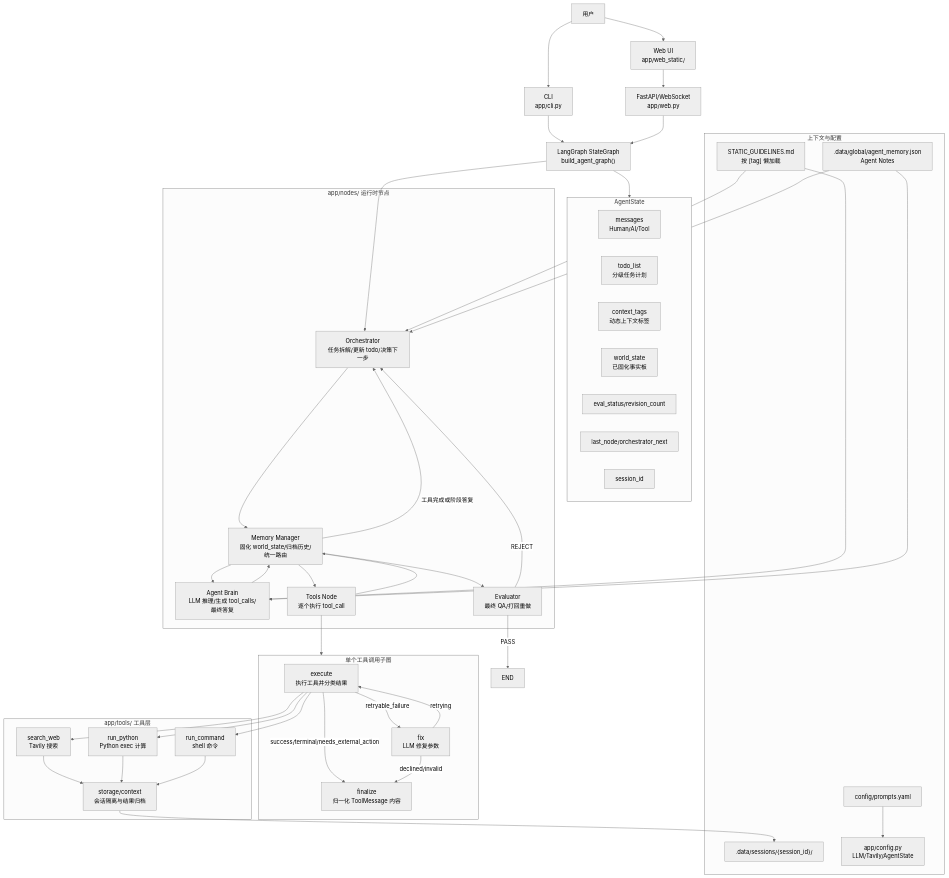
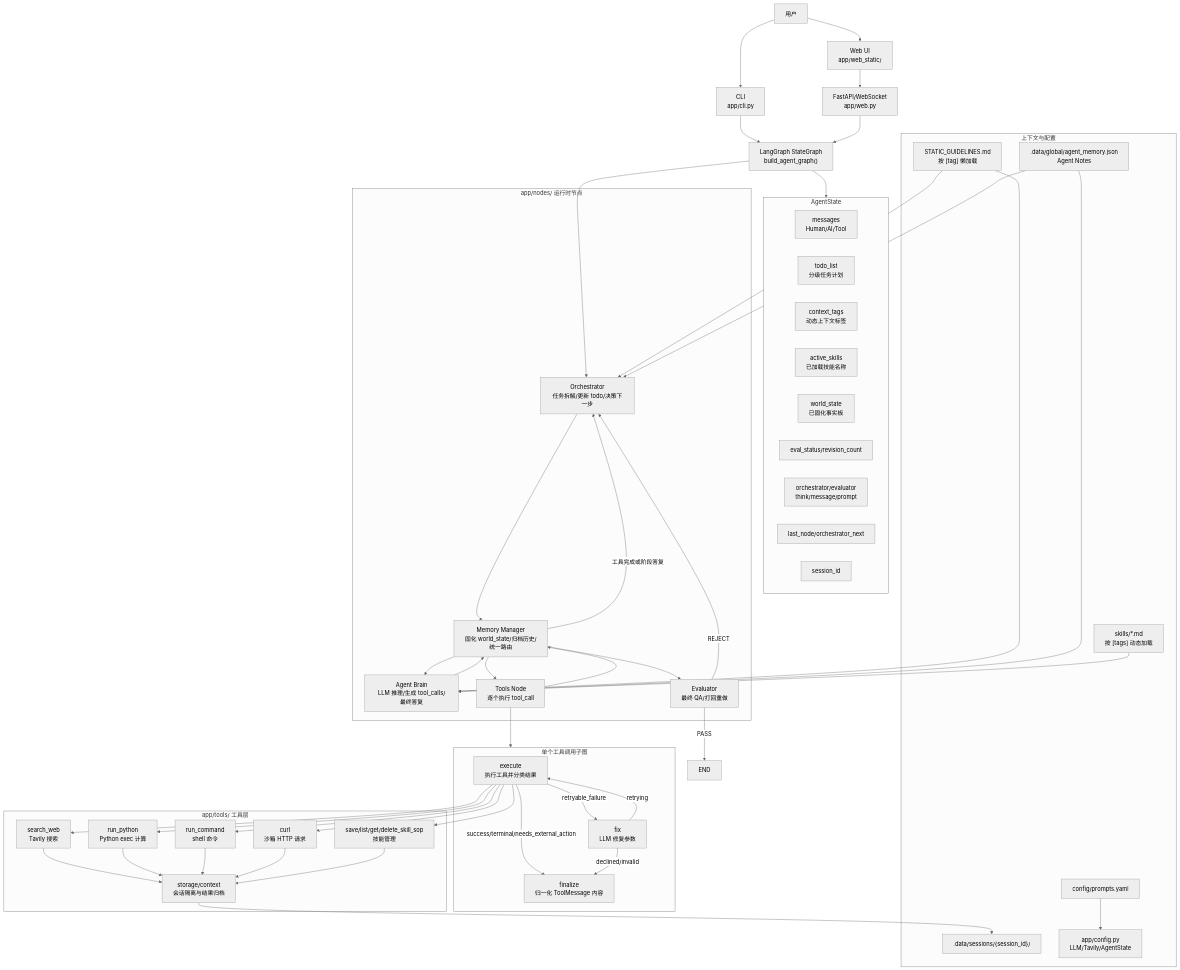
One commit to JO-WTF/agent-framework changed the first of 2 diagrams in ARCHITECTURE.md. Above: the diagram before and after it, drawn with Mermaid (neutral theme). The commit also changed other lines of this file and 31 other files, not shown here.

````diff
--- a/ARCHITECTURE.md
+++ b/ARCHITECTURE.md
@@ -43,8 +44,10 @@
         Messages["messages<br/>Human/AI/Tool"]
         Todo["todo_list<br/>分级任务计划"]
         Tags["context_tags<br/>动态上下文标签"]
+        ActiveSkills["active_skills<br/>已加载技能名称"]
         World["world_state<br/>已固化事实板"]
         Eval["eval_status/revision_count"]
+        Debug["orchestrator/evaluator<br/>think/message/prompt"]
         Route["last_node/orchestrator_next"]
         Session["session_id"]
     end
@@ -86,20 +89,27 @@
         Search["search_web<br/>Tavily 搜索"]
         Python["run_python<br/>Python exec 计算"]
         Command["run_command<br/>shell 命令"]
+        Curl["curl<br/>沙箱 HTTP 请求"]
+        SkillTools["save/list/get/delete_skill_sop<br/>技能管理"]
         Storage["storage/context<br/>会话隔离与结果归档"]
     end
 
     X --> Search
     X --> Python
     X --> Command
+    X --> Curl
+    X --> SkillTools
     Search --> Storage
     Python --> Storage
     Command --> Storage
+    Curl --> Storage
+    SkillTools --> Storage
 
     subgraph Context["上下文与配置"]
         Prompts["config/prompts.yaml"]
         Guidelines["STATIC_GUIDELINES.md<br/>按 [tag] 懒加载"]
         Notes[".data/global/agent_memory.json<br/>Agent Notes"]
+        Skills["skills/*.md<br/>按 [tags] 动态加载"]
         Runtime[".data/sessions/{session_id}/"]
         Config["app/config.py<br/>LLM/Tavily/AgentState"]
     end
@@ -109,5 +119,6 @@
     Guidelines --> O
     Notes --> A
     Notes --> O
+    Skills --> A
     Storage --> Runtime
 ```
````
